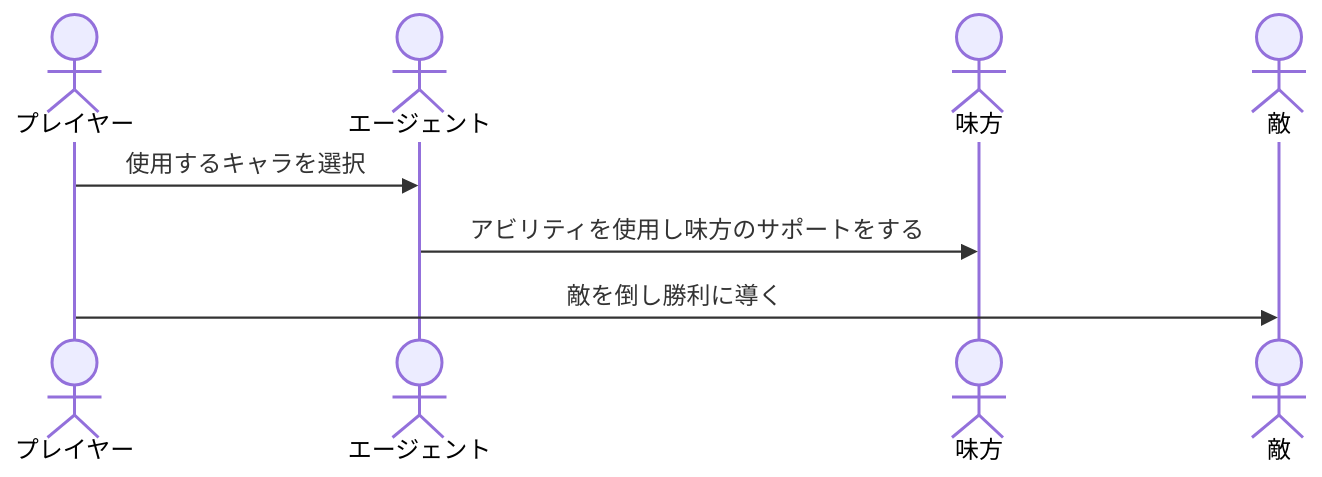
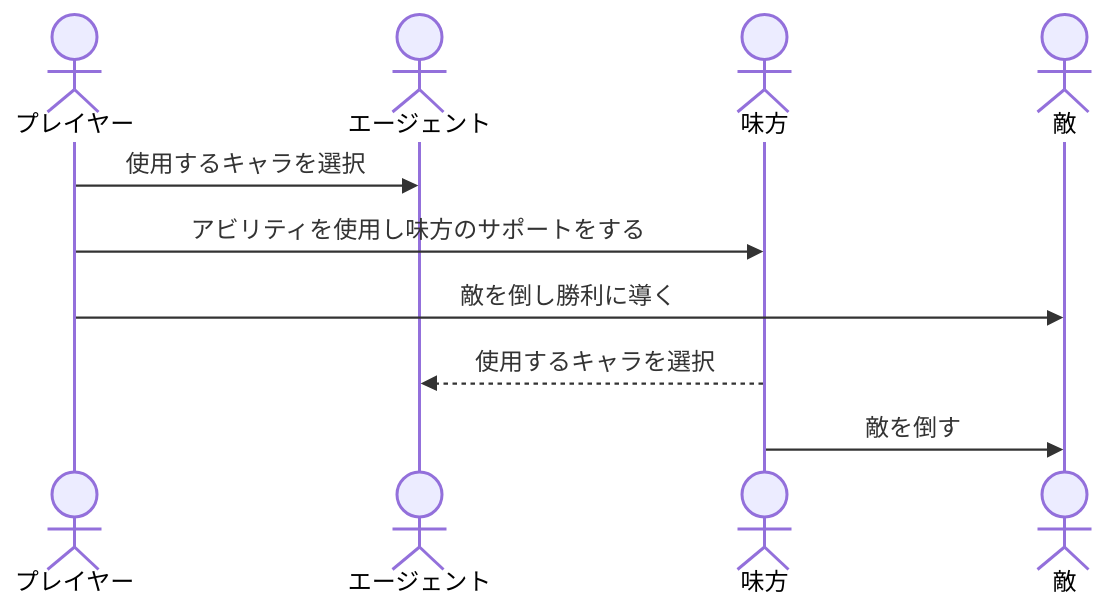
One commit to tpu-game-2022/mermaid_test changed the second of 3 diagrams in README.md. Above: the diagram before and after it, drawn with Mermaid.

Commit message:
シーケンス図を変更した

````diff
--- a/README.md
+++ b/README.md
@@ -49,10 +49,12 @@
 ```mermaid
 sequenceDiagram
   actor プレイヤー
   actor エージェント
   actor 味方
   actor 敵
   プレイヤー->>エージェント:使用するキャラを選択
-  エージェント->>味方:アビリティを使用し味方のサポートをする
+  プレイヤー->>味方:アビリティを使用し味方のサポートをする
   プレイヤー->>敵:敵を倒し勝利に導く
+  味方-->>エージェント:使用するキャラを選択
+  味方->>敵:敵を倒す
 ```
````
